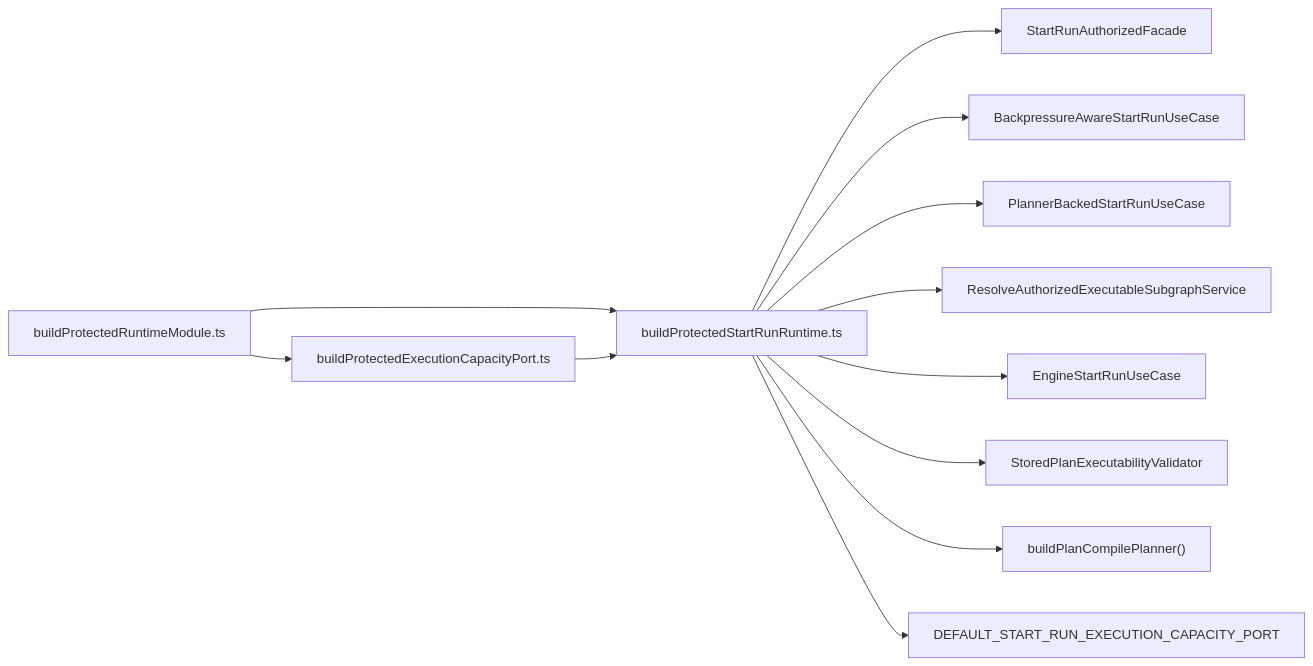
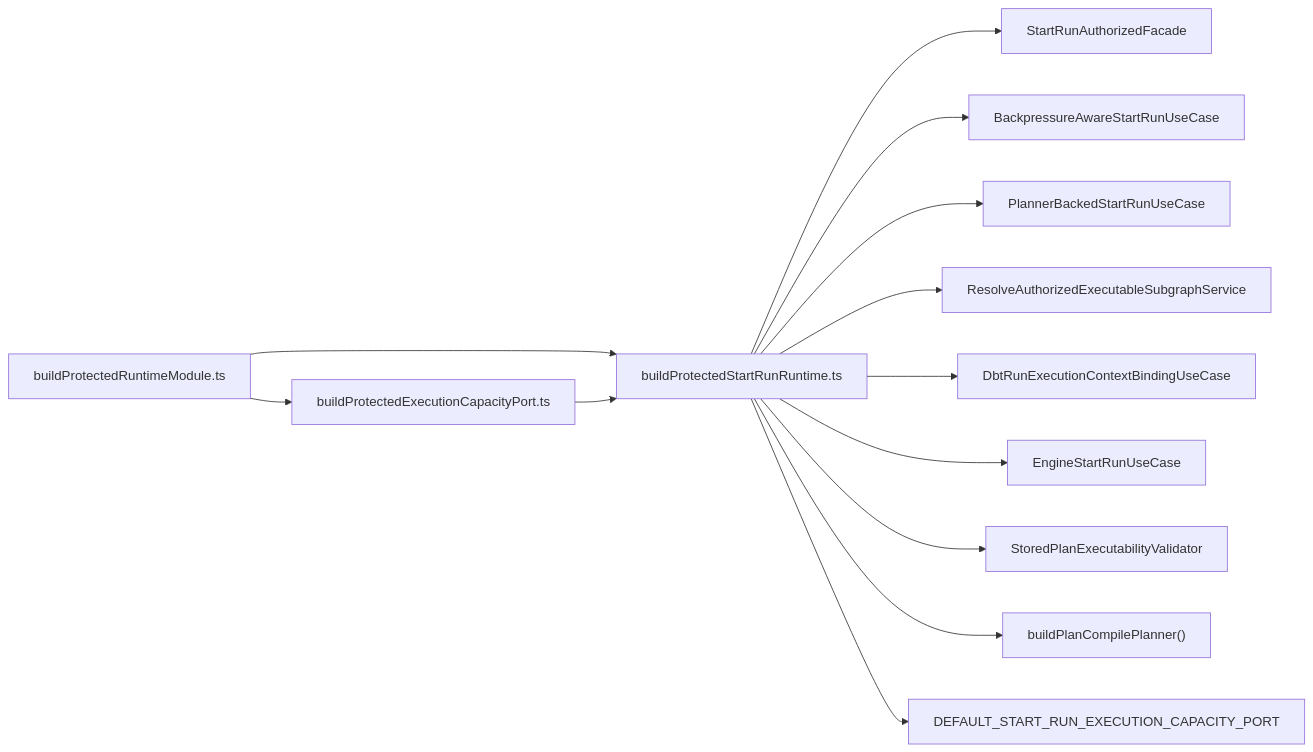
The first of 2 diagrams in apps/api/docs/start-run-runtime-composition-component.md (dunay2/dvt), drawn with Mermaid before and after one commit. The commit also changed other lines of this file and 85 other files, not shown here.

Commit message:
feat(web): Connect dbt authoring to code and run rails

````diff
--- a/apps/api/docs/start-run-runtime-composition-component.md
+++ b/apps/api/docs/start-run-runtime-composition-component.md
@@ -76,14 +77,15 @@
 ```mermaid
 flowchart LR
   Root["buildProtectedRuntimeModule.ts"] --> StartRunRuntime["buildProtectedStartRunRuntime.ts"]
   Root --> Binding["buildProtectedExecutionCapacityPort.ts"]
   Binding --> StartRunRuntime
   StartRunRuntime --> Facade["StartRunAuthorizedFacade"]
   StartRunRuntime --> Admission["BackpressureAwareStartRunUseCase"]
   StartRunRuntime --> Planner["PlannerBackedStartRunUseCase"]
   StartRunRuntime --> Resolver["ResolveAuthorizedExecutableSubgraphService"]
+  StartRunRuntime --> DbtBinding["DbtRunExecutionContextBindingUseCase"]
   StartRunRuntime --> Engine["EngineStartRunUseCase"]
   StartRunRuntime --> Validator["StoredPlanExecutabilityValidator"]
   StartRunRuntime --> Compile["buildPlanCompilePlanner()"]
   StartRunRuntime --> Capacity["DEFAULT_START_RUN_EXECUTION_CAPACITY_PORT"]
 ```
````
